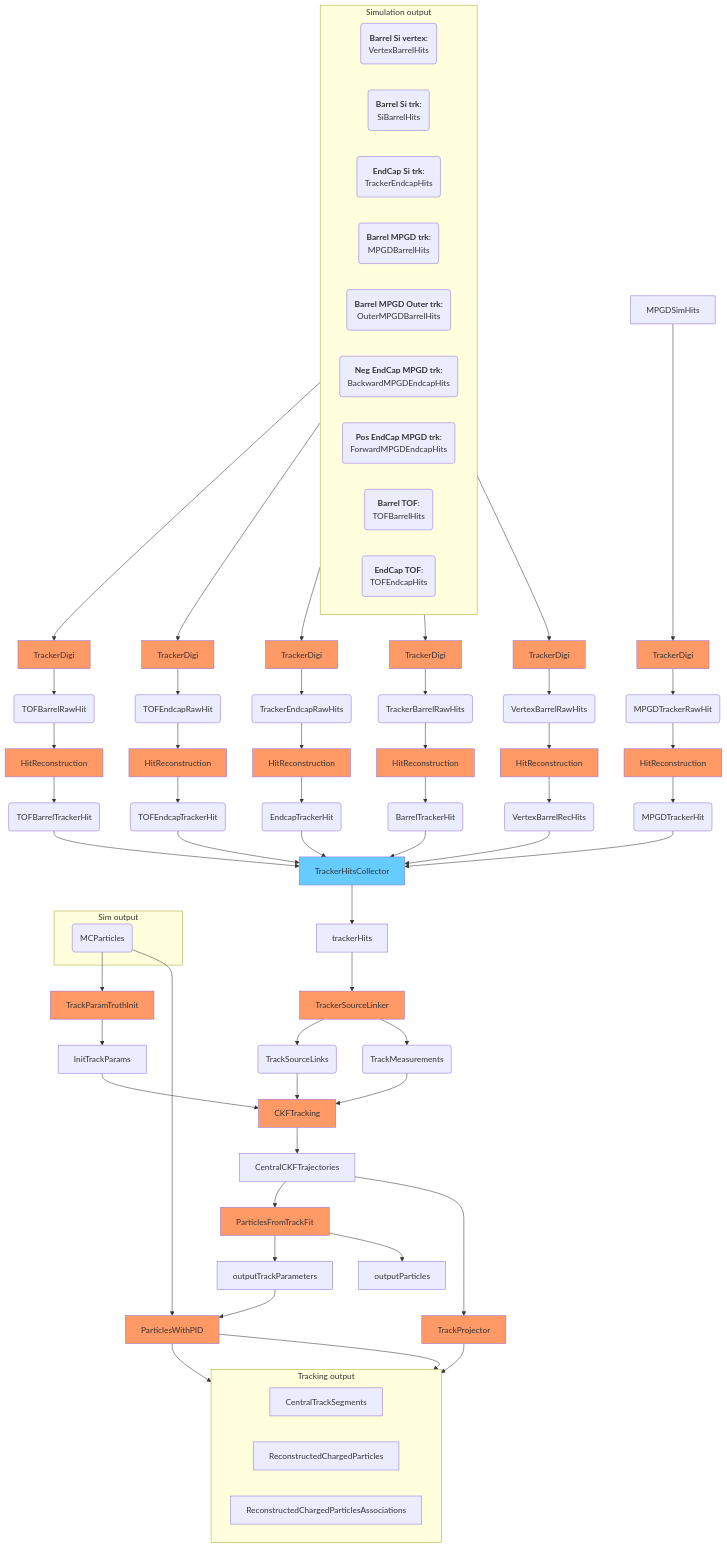
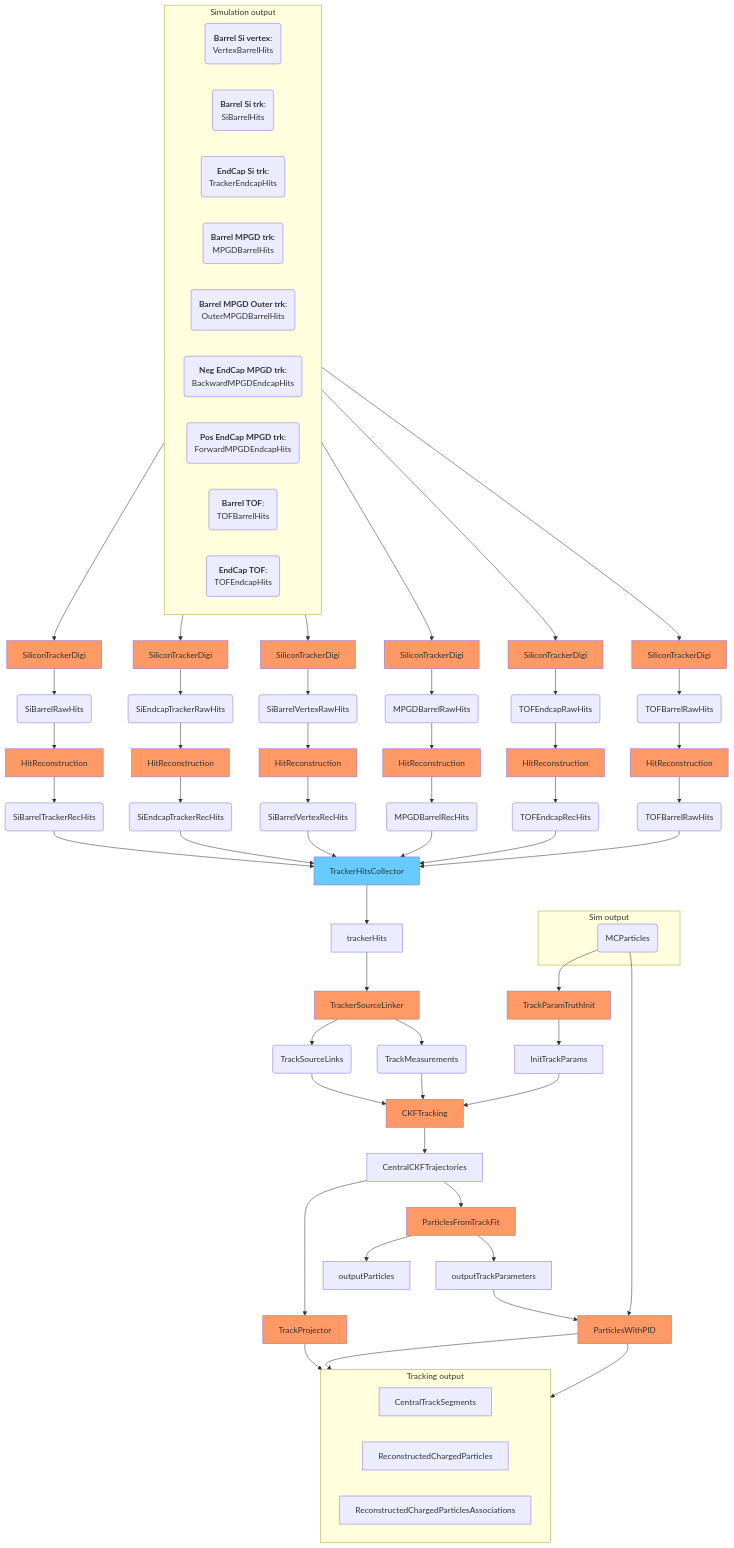
One commit to eic/EICrecon changed the second of 2 diagrams in docs/design/tracking.md. Above: the diagram before and after it, drawn with Mermaid.

```diff
--- a/docs/design/tracking.md
+++ b/docs/design/tracking.md
@@ -67,37 +67,35 @@
     ECTOFSimHits(<strong>EndCap TOF</strong>:<br/>TOFEndcapHits)
   end
 
-  BTOFSimHits --> BTOFTrackerDigi[TrackerDigi]:::alg
-  BTOFTrackerDigi --> BTOFRawHits(TOFBarrelRawHit)
+  BVTXSimHits --> TrackerDigi1[SiliconTrackerDigi]:::alg
+  TrackerDigi1 --> VertexBarrelRawHits(SiBarrelVertexRawHits)
+  VertexBarrelRawHits --> TrackerHitReconstruction1[HitReconstruction]:::alg
+  TrackerHitReconstruction1 --> VertexBarrelRecHits(SiBarrelVertexRecHits)
+
+  BTRKSimHits -->  TrackerDigi2[SiliconTrackerDigi]:::alg
+  TrackerDigi2 --> TrackerBarrelRawHits(SiBarrelRawHits)
+  TrackerBarrelRawHits --> TrackerHitReconstruction2[HitReconstruction]:::alg
+  TrackerHitReconstruction2 --> TrackerBarrelRecHits(SiBarrelTrackerRecHits)
+
+  ECTRKSimHits -->  TrackerDigi3[SiliconTrackerDigi]:::alg
+  TrackerDigi3 --> TrackerEndcapRawHits(SiEndcapTrackerRawHits)
+  TrackerEndcapRawHits --> TrackerHitReconstruction3[HitReconstruction]:::alg
+  TrackerHitReconstruction3 --> TrackerEndcapRecHits(SiEndcapTrackerRecHits)
+
+  BMPGDSimHits -->   MPGDTrackerDigi1[SiliconTrackerDigi]:::alg
+  MPGDTrackerDigi1 --> MPGDTrackerBarrelRawHits(MPGDBarrelRawHits)
+  MPGDTrackerBarrelRawHits --> MPGDTrackerReconstruction1[HitReconstruction]:::alg
+  MPGDTrackerReconstruction1 --> MPGDTrackerBarrelRecHits(MPGDBarrelRecHits)
+
+  BTOFSimHits --> BTOFTrackerDigi[SiliconTrackerDigi]:::alg
+  BTOFTrackerDigi --> BTOFRawHits(TOFBarrelRawHits)
   BTOFRawHits --> BTOFHitReconstruction[HitReconstruction]:::alg
-  BTOFHitReconstruction --> BTOFRecHits(TOFBarrelTrackerHit)
+  BTOFHitReconstruction --> BTOFRecHits(TOFBarrelRawHits)
 
-  ECTOFSimHits --> ECTOFTrackerDigi[TrackerDigi]:::alg
-  ECTOFTrackerDigi --> ECTOFRawHits(TOFEndcapRawHit)
+  ECTOFSimHits --> ECTOFTrackerDigi[SiliconTrackerDigi]:::alg
+  ECTOFTrackerDigi --> ECTOFRawHits(TOFEndcapRawHits)
   ECTOFRawHits --> ECTOFHitReconstruction[HitReconstruction]:::alg
-  ECTOFHitReconstruction --> ECTOFRecHits(TOFEndcapTrackerHit)
-
-  ECTRKSimHits -->  TrackerDigi2[TrackerDigi]:::alg
-  TrackerDigi2 --> TrackerEndcapRawHits(TrackerEndcapRawHits)
-  TrackerEndcapRawHits --> TrackerHitReconstruction2[HitReconstruction]:::alg
-  TrackerHitReconstruction2 --> TrackerEndcapRecHits(EndcapTrackerHit)
-
-
-  BTRKSimHits -->  TrackerDigi[TrackerDigi]:::alg
-  TrackerDigi --> TrackerBarrelRawHits(TrackerBarrelRawHits)
-  TrackerBarrelRawHits --> TrackerHitReconstruction[HitReconstruction]:::alg
-  TrackerHitReconstruction --> TrackerBarrelRecHits(BarrelTrackerHit)
-
-  MPGDSimHits -->   TrackerDigi4[TrackerDigi]:::alg
-  TrackerDigi4 --> MPGDTrackerBarrelRawHits(MPGDTrackerRawHit)
-  MPGDTrackerBarrelRawHits --> TrackerHitReconstruction4[HitReconstruction]:::alg
-  TrackerHitReconstruction4 --> MPGDTrackerBarrelRecHits(MPGDTrackerHit)
-
-
-  BVTXSimHits --> TrackerDigi3[TrackerDigi]:::alg
-  TrackerDigi3 --> VertexBarrelRawHits(VertexBarrelRawHits)
-  VertexBarrelRawHits --> TrackerHitReconstruction3[HitReconstruction]:::alg
-  TrackerHitReconstruction3 --> VertexBarrelRecHits(VertexBarrelRecHits)
+  ECTOFHitReconstruction --> ECTOFRecHits(TOFEndcapRecHits)
 
   TrackerHitsCollector[TrackerHitsCollector]:::col
 
```
